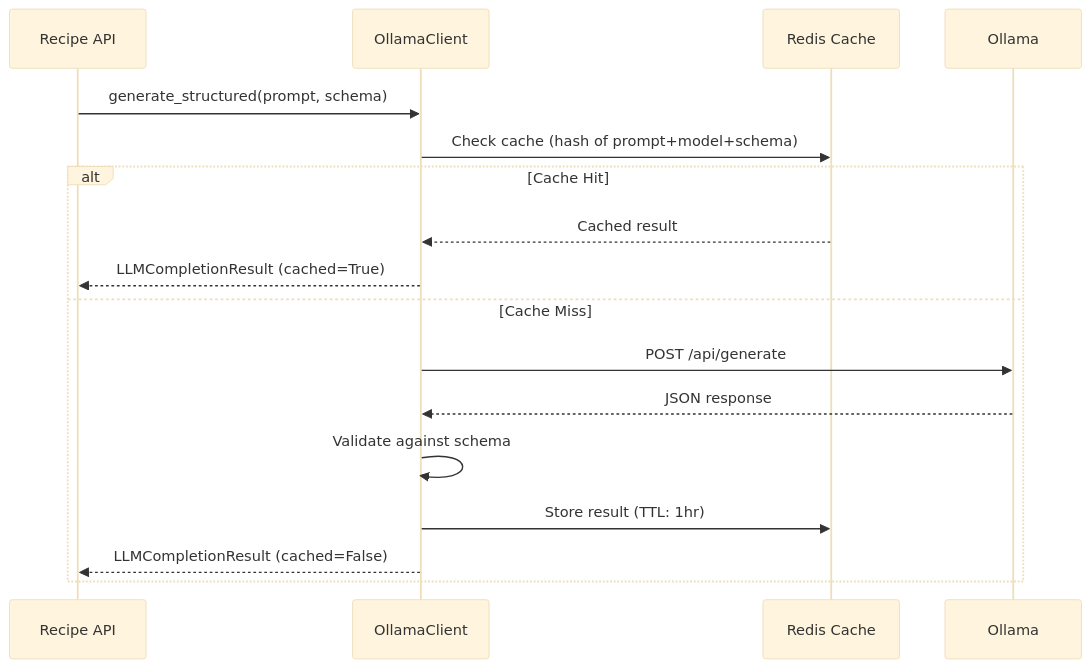
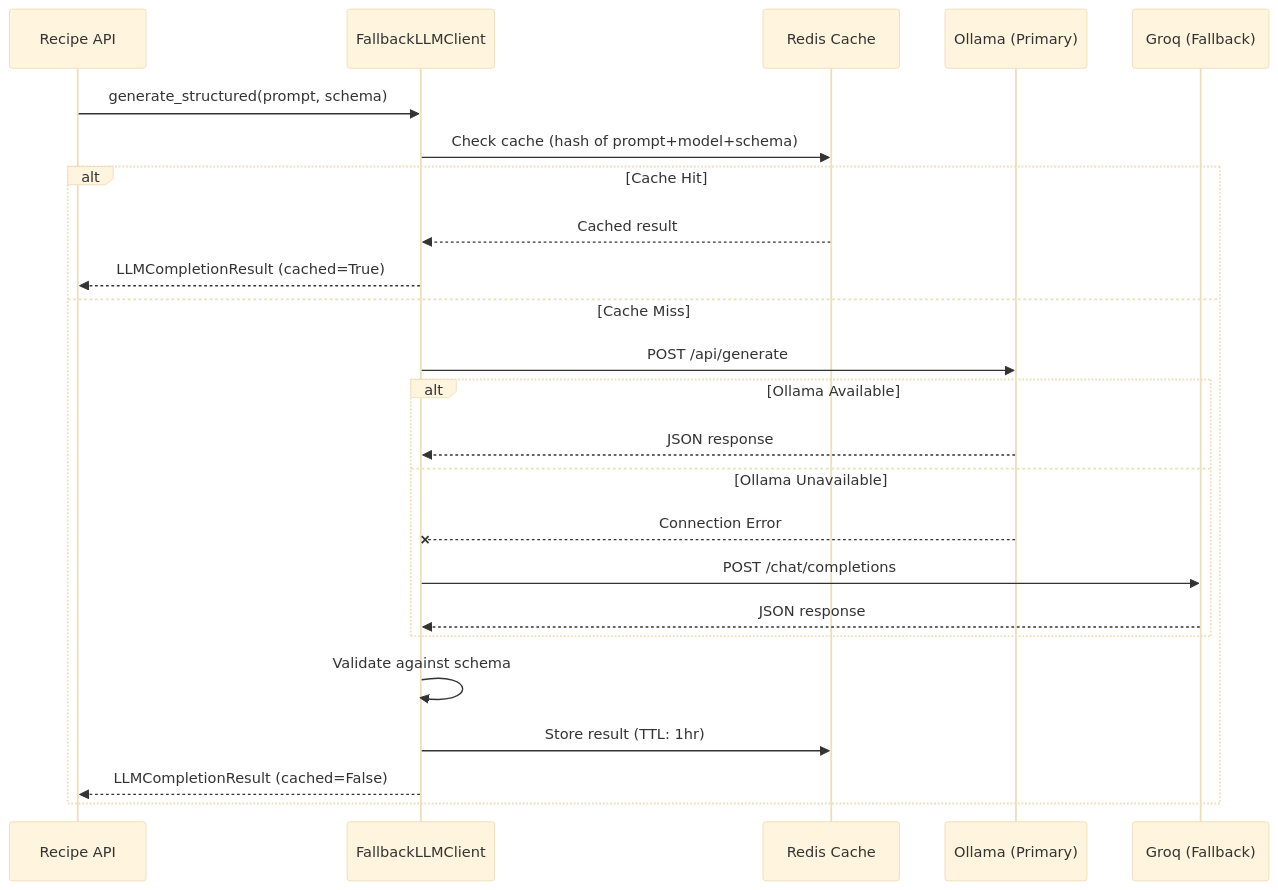
The third of 3 diagrams in docs/llm.md (Recipe-Web-App/recipe-scraper-service), drawn with Mermaid (base theme) before and after one commit. The commit also changed other lines of this file and 16 other files, not shown here.

Commit message:
feat(rewrite): added remote groq alternative for LLM

````diff
--- a/docs/llm.md
+++ b/docs/llm.md
@@ -153,21 +199,28 @@
 ```mermaid
 sequenceDiagram
     participant API as Recipe API
-    participant Client as OllamaClient
+    participant Fallback as FallbackLLMClient
     participant Cache as Redis Cache
-    participant LLM as Ollama
+    participant Ollama as Ollama (Primary)
+    participant Groq as Groq (Fallback)
 
-    API->>Client: generate_structured(prompt, schema)
-    Client->>Cache: Check cache (hash of prompt+model+schema)
+    API->>Fallback: generate_structured(prompt, schema)
+    Fallback->>Cache: Check cache (hash of prompt+model+schema)
 
     alt Cache Hit
-        Cache-->>Client: Cached result
-        Client-->>API: LLMCompletionResult (cached=True)
+        Cache-->>Fallback: Cached result
+        Fallback-->>API: LLMCompletionResult (cached=True)
     else Cache Miss
-        Client->>LLM: POST /api/generate
-        LLM-->>Client: JSON response
-        Client->>Client: Validate against schema
-        Client->>Cache: Store result (TTL: 1hr)
-        Client-->>API: LLMCompletionResult (cached=False)
+        Fallback->>Ollama: POST /api/generate
+        alt Ollama Available
+            Ollama-->>Fallback: JSON response
+        else Ollama Unavailable
+            Ollama--xFallback: Connection Error
+            Fallback->>Groq: POST /chat/completions
+            Groq-->>Fallback: JSON response
+        end
+        Fallback->>Fallback: Validate against schema
+        Fallback->>Cache: Store result (TTL: 1hr)
+        Fallback-->>API: LLMCompletionResult (cached=False)
     end
 ```
````
